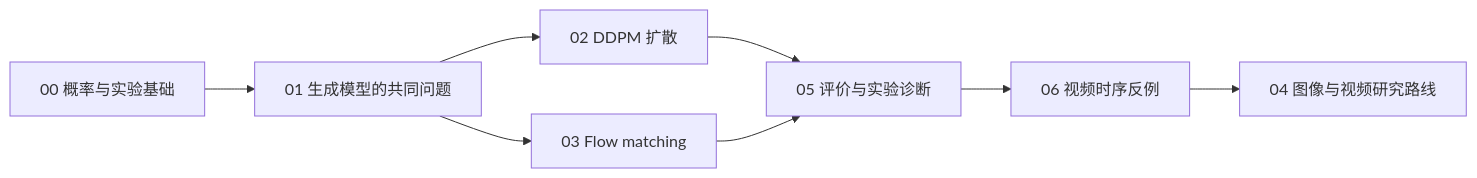
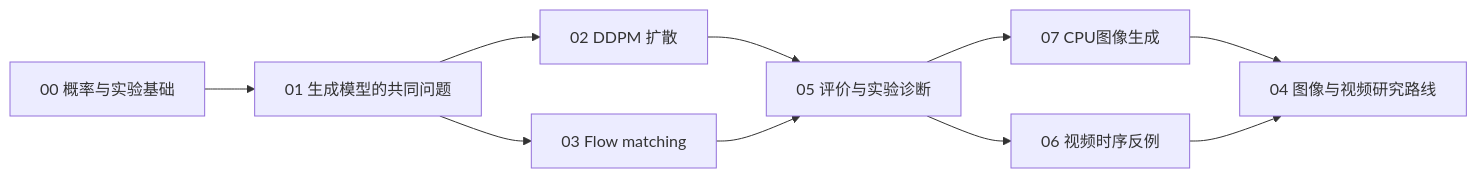
One commit to Fengyee/genai_study changed the diagram in docs/learning-path.md. Above: the diagram before and after it, drawn with Mermaid. The commit also changed other lines of this file and 18 other files, not shown here.

````diff
--- a/docs/learning-path.md
+++ b/docs/learning-path.md
@@ -28,10 +28,12 @@
 ```mermaid
 flowchart LR
   A[00 概率与实验基础] --> B[01 生成模型的共同问题]
   B --> C[02 DDPM 扩散]
   B --> D[03 Flow matching]
   C --> F[05 评价与实验诊断]
   D --> F
+  F --> H[07 CPU图像生成]
+  H --> E[04 图像与视频研究路线]
   F --> G[06 视频时序反例]
   G --> E[04 图像与视频研究路线]
 ```
````
